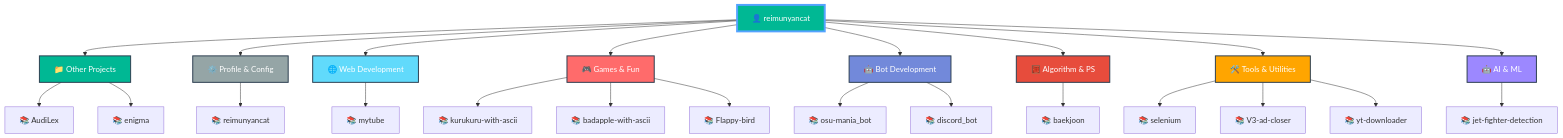
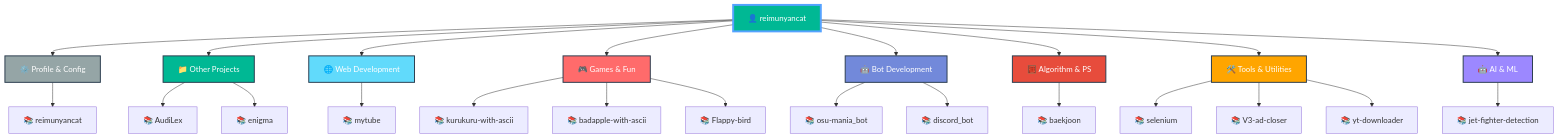
Before and after one commit to reimunyancat/reimunyancat: the diagram in README.md, drawn with Mermaid.

Commit message:
🤖 Auto-update README with latest repositories

````diff
--- a/README.md
+++ b/README.md
@@ -159,44 +159,44 @@
 ```mermaid
 graph TD
   A[👤 reimunyancat]
 
-  A --> CAT0[📁 Other Projects]
-  CAT0 --> CAT0_0[📚 AudiLex]
-  CAT0 --> CAT0_1[📚 enigma]
+  A --> CAT0[⚙️ Profile & Config]
+  CAT0 --> CAT0_0[📚 reimunyancat]
 
-  A --> CAT1[⚙️ Profile & Config]
-  CAT1 --> CAT1_0[📚 reimunyancat]
+  A --> CAT1[📁 Other Projects]
+  CAT1 --> CAT1_0[📚 AudiLex]
+  CAT1 --> CAT1_1[📚 enigma]
 
   A --> CAT2[🌐 Web Development]
   CAT2 --> CAT2_0[📚 mytube]
 
   A --> CAT3[🎮 Games & Fun]
   CAT3 --> CAT3_0[📚 kurukuru-with-ascii]
   CAT3 --> CAT3_1[📚 badapple-with-ascii]
   CAT3 --> CAT3_2[📚 Flappy-bird]
 
   A --> CAT4[🤖 Bot Development]
   CAT4 --> CAT4_0[📚 osu-mania_bot]
   CAT4 --> CAT4_1[📚 discord_bot]
 
   A --> CAT5[🧮 Algorithm & PS]
   CAT5 --> CAT5_0[📚 baekjoon]
 
   A --> CAT6[🛠️ Tools & Utilities]
   CAT6 --> CAT6_0[📚 selenium]
   CAT6 --> CAT6_1[📚 V3-ad-closer]
   CAT6 --> CAT6_2[📚 yt-downloader]
 
   A --> CAT7[🤖 AI & ML]
   CAT7 --> CAT7_0[📚 jet-fighter-detection]
 
   style A fill:#00b894,stroke:#55a3ff,stroke-width:4px,color:#fff
-  style CAT0 fill:#00b894,stroke:#2c3e50,stroke-width:2px,color:#fff
-  style CAT1 fill:#95a5a6,stroke:#2c3e50,stroke-width:2px,color:#fff
+  style CAT0 fill:#95a5a6,stroke:#2c3e50,stroke-width:2px,color:#fff
+  style CAT1 fill:#00b894,stroke:#2c3e50,stroke-width:2px,color:#fff
   style CAT2 fill:#61dafb,stroke:#2c3e50,stroke-width:2px,color:#fff
   style CAT3 fill:#ff6b6b,stroke:#2c3e50,stroke-width:2px,color:#fff
   style CAT4 fill:#7289da,stroke:#2c3e50,stroke-width:2px,color:#fff
   style CAT5 fill:#e74c3c,stroke:#2c3e50,stroke-width:2px,color:#fff
   style CAT6 fill:#ffa500,stroke:#2c3e50,stroke-width:2px,color:#fff
   style CAT7 fill:#9c88ff,stroke:#2c3e50,stroke-width:2px,color:#fff
 ```
````
